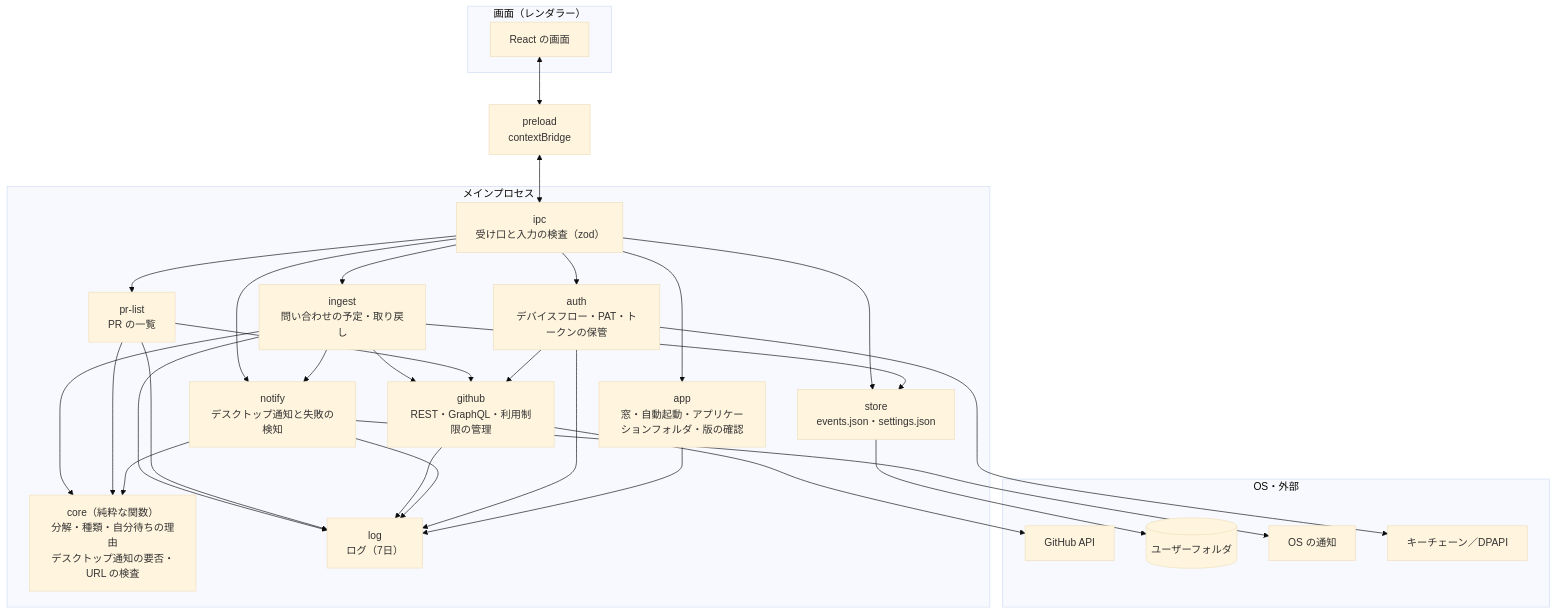
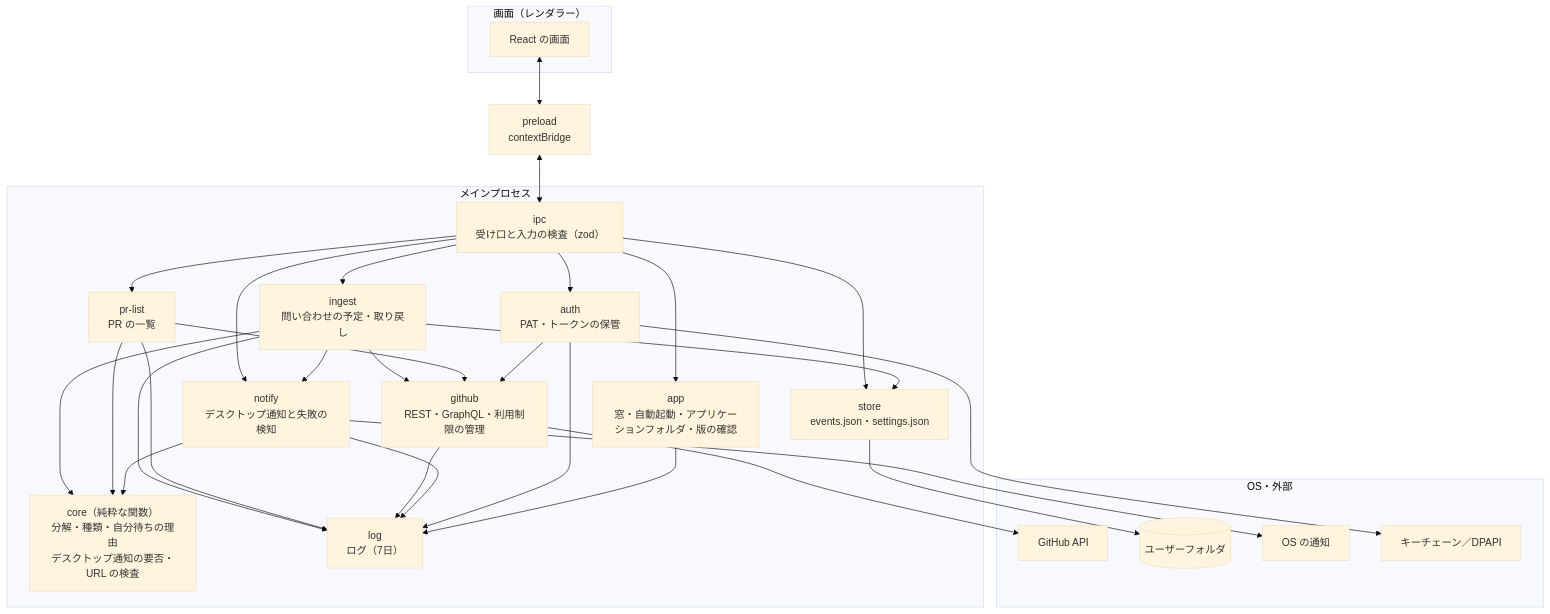
Before and after one commit to zonbitamago/github-inbox: the first of 2 diagrams in docs/design/components/component-backend.md, drawn with Mermaid (base theme). The commit also changed other lines of this file and 25 other files, not shown here.

````diff
--- a/docs/design/components/component-backend.md
+++ b/docs/design/components/component-backend.md
@@ -23,39 +24,39 @@
 ```mermaid
 flowchart TB
   subgraph Renderer["画面（レンダラー）"]
     UI["React の画面"]
   end
   PRE["preload<br/>contextBridge"]
 
   subgraph Main["メインプロセス"]
     IPC["ipc<br/>受け口と入力の検査（zod）"]
     APPM["app<br/>窓・自動起動・アプリケーションフォルダ・版の確認"]
     ING["ingest<br/>問い合わせの予定・取り戻し"]
     PRL["pr-list<br/>PR の一覧"]
     NOT["notify<br/>デスクトップ通知と失敗の検知"]
-    AUTH["auth<br/>デバイスフロー・PAT・トークンの保管"]
+    AUTH["auth<br/>PAT・トークンの保管"]
     GH["github<br/>REST・GraphQL・利用制限の管理"]
     CORE["core（純粋な関数）<br/>分解・種類・自分待ちの理由<br/>デスクトップ通知の要否・URL の検査"]
     STORE["store<br/>events.json・settings.json"]
     LOG["log<br/>ログ（7日）"]
   end
 
   subgraph OS["OS・外部"]
     GHAPI["GitHub API"]
     FS[("ユーザーフォルダ")]
     OSN["OS の通知"]
     KC["キーチェーン／DPAPI"]
   end
 
   UI <--> PRE <--> IPC
   IPC --> ING & PRL & AUTH & STORE & APPM & NOT
   ING --> GH & CORE & STORE & NOT
   PRL --> GH & CORE
   NOT --> CORE
   AUTH --> GH
   AUTH --> KC
   GH --> GHAPI
   STORE --> FS
   NOT --> OSN
   ING & PRL & GH & NOT & AUTH & APPM --> LOG
 ```
````
